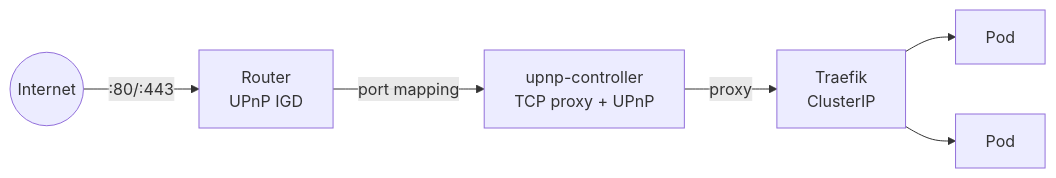
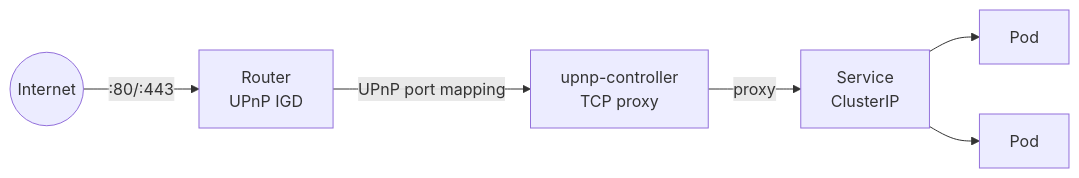
One commit to jeffmoss/upnp-controller changed the first of 2 diagrams in README.md. Above: the diagram before and after it, drawn with Mermaid. The commit also changed other lines of this file and 2 other files, not shown here.

Commit message:
DNSEndpoint unit tests, e2e lifecycle test, updated diagrams

````diff
--- a/README.md
+++ b/README.md
@@ -5,15 +5,15 @@
 ```mermaid
 graph LR
     Internet((Internet))
     Router[Router<br/>UPnP IGD]
-    Controller[upnp-controller<br/>TCP proxy + UPnP]
-    Traefik[Traefik<br/>ClusterIP]
+    Controller[upnp-controller<br/>TCP proxy]
+    Service[Service<br/>ClusterIP]
     Pod1[Pod]
     Pod2[Pod]
 
     Internet -->|:80/:443| Router
-    Router -->|port mapping| Controller
-    Controller -->|proxy| Traefik
-    Traefik --> Pod1
-    Traefik --> Pod2
+    Router -->|UPnP port mapping| Controller
+    Controller -->|proxy| Service
+    Service --> Pod1
+    Service --> Pod2
 ```
````
